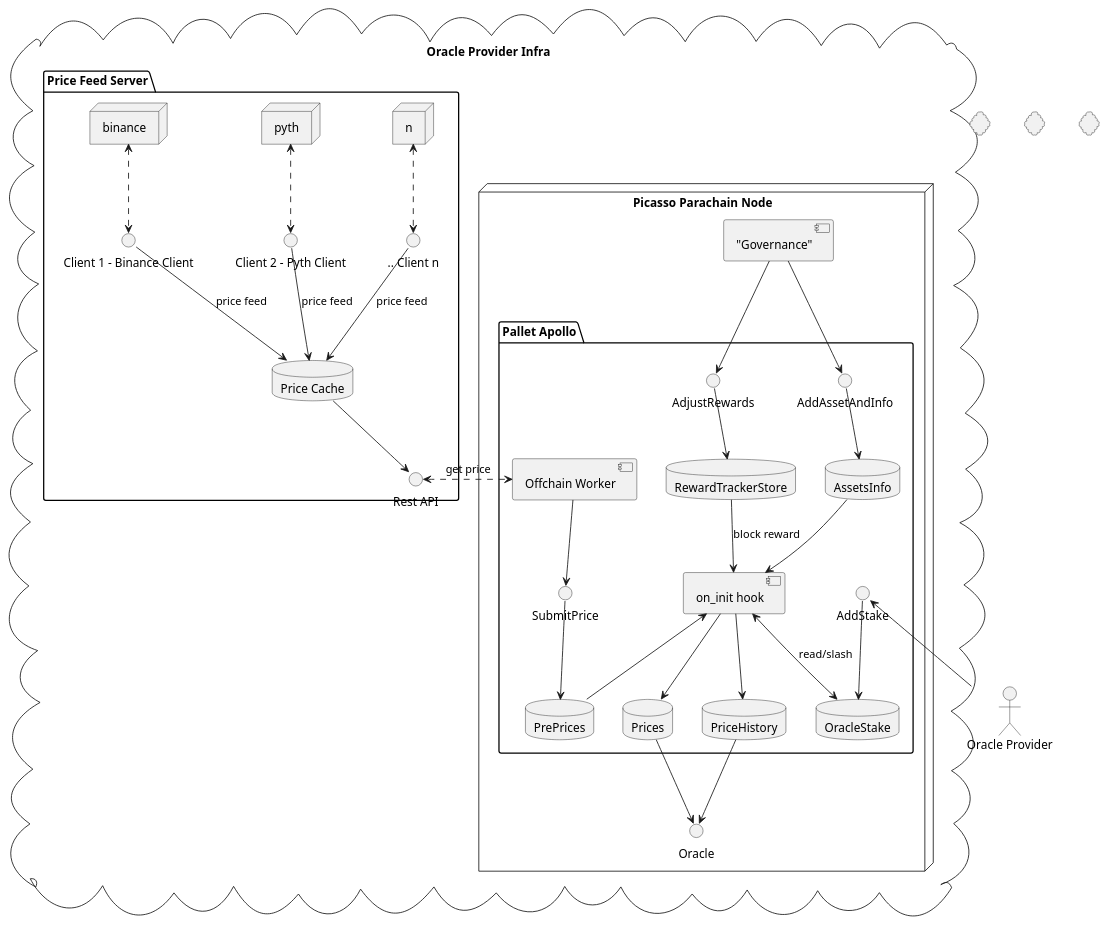
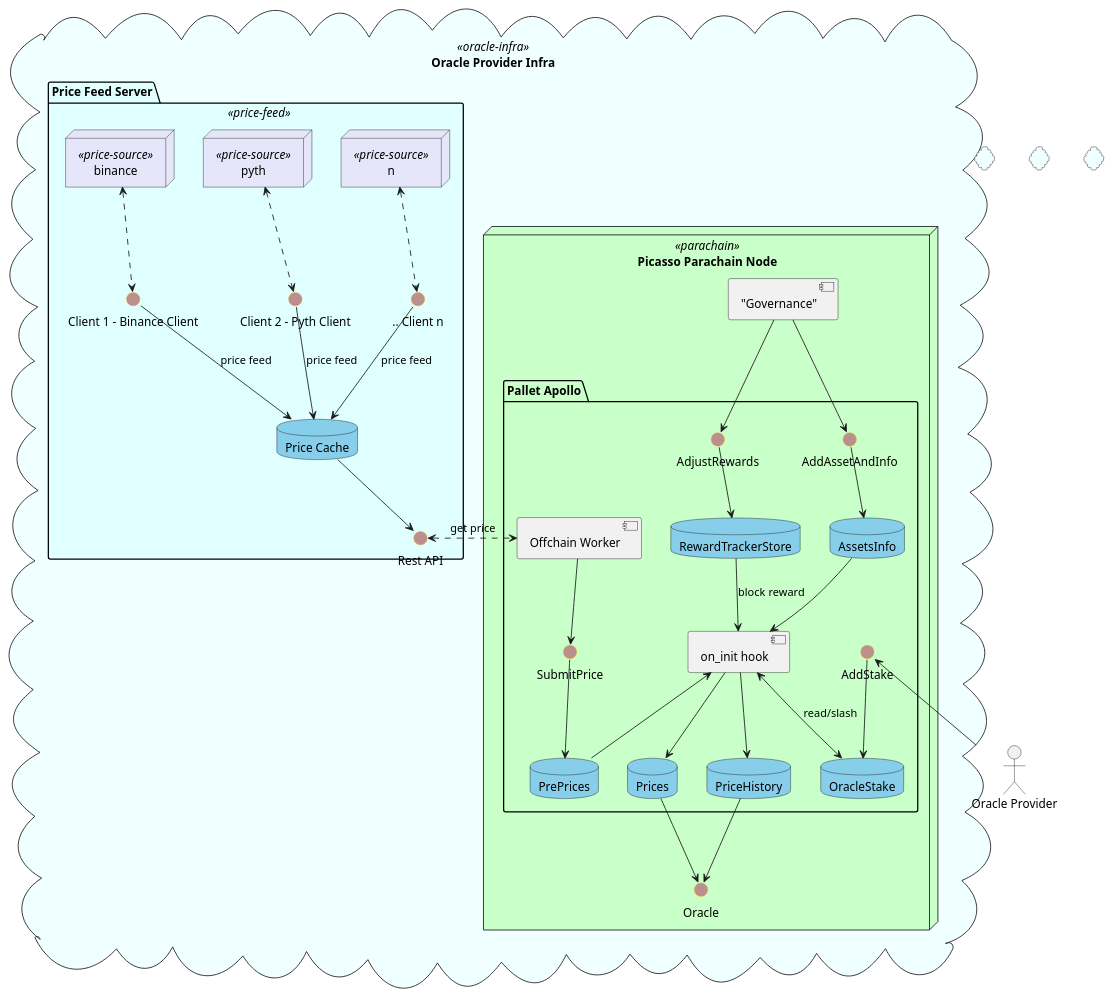
Before and after one commit to ComposableFi/composable: the first of 14 diagrams in frame/oracle/design/design.adoc, drawn with PlantUML. The commit also changed other lines of this file, not shown here.

```diff
--- a/frame/oracle/design/design.adoc
+++ b/frame/oracle/design/design.adoc
@@ -70,7 +70,30 @@
 [plantuml,images/apollo-overview,png]
 ----
-cloud "Oracle Provider Infra" {
-    node "Picasso Parachain Node" {
+skinparam interface {
+  backgroundColor RosyBrown
+  borderColor orange
+}
+
+skinparam node {
+  backgroundColor<<parachain>> TECHNOLOGY
+}
+
+skinparam package {
+  backgroundColor<<price-feed>> LightCyan
+}
+
+skinparam cloud {
+  backgroundColor Azure
+}
+
+skinparam node {
+  backgroundColor<<price-source>> Lavender
+}
+
+skinparam databaseBackgroundColor SkyBlue
+
+cloud "Oracle Provider Infra" <<oracle-infra>> {
+    node "Picasso Parachain Node" <<parachain>> {
         () "Oracle" as o
         package "Pallet Apollo" {
             Database "PrePrices" as prepricedb
@@ -104,7 +127,7 @@
         pricehistorydb --> o
     }
 
-    package "Price Feed Server" {
+    package "Price Feed Server" <<price-feed>> {
         () "Rest API" as papi
         database "Price Cache" as pc
         () "Client 1 - Binance Client" as c1
@@ -124,17 +147,17 @@
 ofw <.left.> papi : get price
 
 cloud {
-    node "Price-Source 1 - Binance" as binance {
+    node "Price-Source 1 - Binance" <<price-source>> as binance {
     }
 }
 
 cloud {
-    node "Price-Source 2 - Pyth" as pyth {
+    node "Price-Source 2 - Pyth" <<price-source>> as pyth {
     }
 }
 
 cloud {
-    node ".. Price-Source n" as n {
+    node ".. Price-Source n" <<price-source>> as n {
     }
 }
 
```
